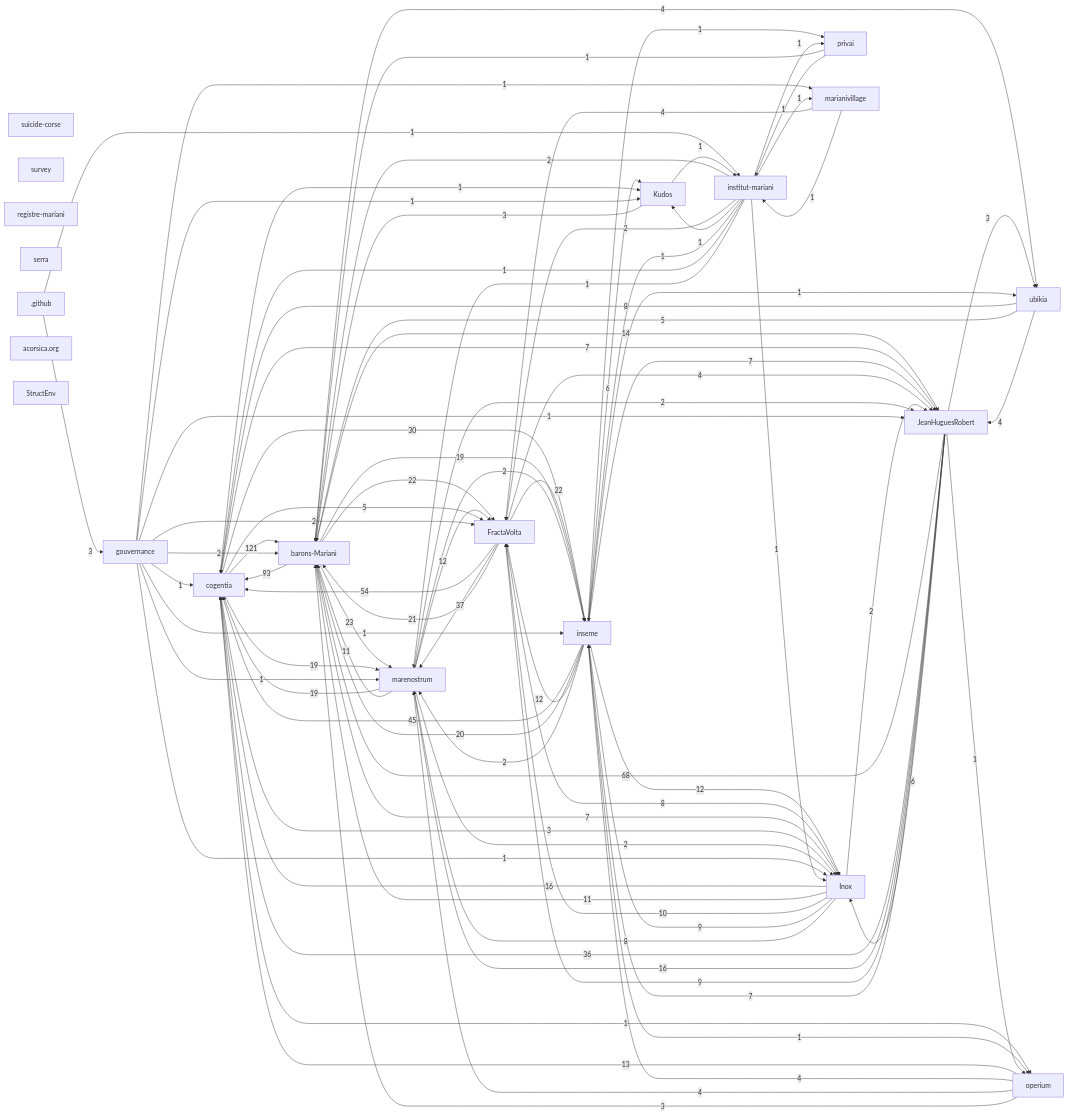
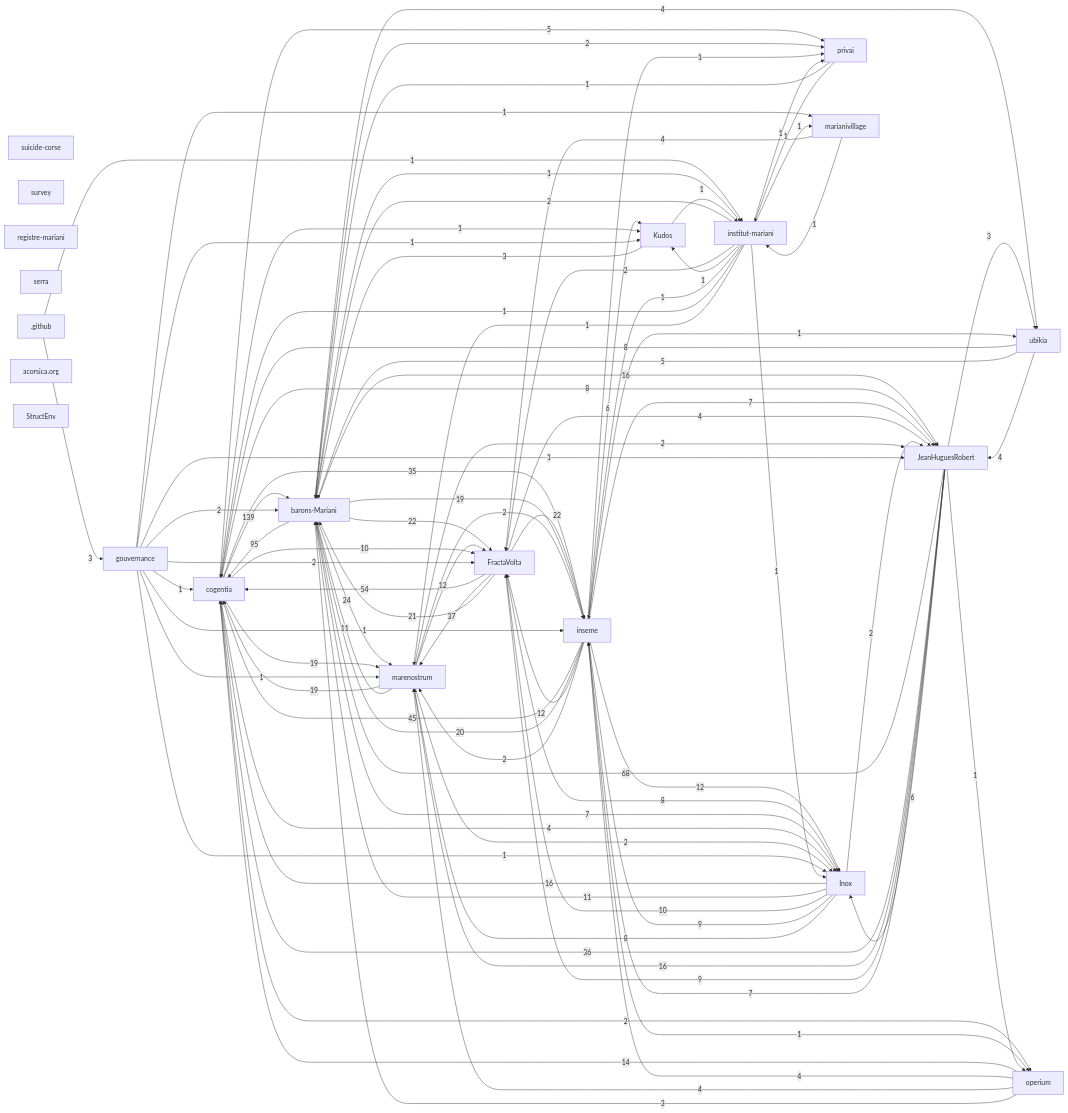
The first of 2 diagrams in research/corpus-status.md (JeanHuguesRobert/FractaVolta), drawn with Mermaid before and after one commit. The commit also changed other lines of this file and 1 other file, not shown here.

Commit message:
Refresh corpus navigation projection

```diff
--- a/research/corpus-status.md
+++ b/research/corpus-status.md
@@ -77,15 +77,15 @@
   r_github[".github"]
   r_acorsica_org["acorsica.org"]
   r_structenv["StructEnv"]
-  r_cogentia -->|121| r_barons_mariani
-  r_barons_mariani -->|93| r_cogentia
+  r_cogentia -->|139| r_barons_mariani
+  r_barons_mariani -->|95| r_cogentia
   r_jeanhuguesrobert -->|68| r_barons_mariani
   r_fractavolta -->|54| r_cogentia
   r_inseme -->|45| r_cogentia
   r_fractavolta -->|37| r_marenostrum
   r_jeanhuguesrobert -->|36| r_cogentia
-  r_cogentia -->|30| r_inseme
-  r_barons_mariani -->|23| r_marenostrum
+  r_cogentia -->|35| r_inseme
+  r_barons_mariani -->|24| r_marenostrum
   r_barons_mariani -->|22| r_fractavolta
   r_fractavolta -->|22| r_inseme
   r_fractavolta -->|21| r_barons_mariani
@@ -93,40 +93,43 @@
   r_barons_mariani -->|19| r_inseme
   r_cogentia -->|19| r_marenostrum
   r_marenostrum -->|19| r_cogentia
+  r_barons_mariani -->|16| r_jeanhuguesrobert
   r_inox -->|16| r_cogentia
   r_jeanhuguesrobert -->|16| r_marenostrum
-  r_barons_mariani -->|14| r_jeanhuguesrobert
-  r_operium -->|13| r_cogentia
+  r_operium -->|14| r_cogentia
   r_inseme -->|12| r_fractavolta
   r_inseme -->|12| r_inox
   r_marenostrum -->|12| r_fractavolta
   r_inox -->|11| r_barons_mariani
   r_marenostrum -->|11| r_barons_mariani
+  r_cogentia -->|10| r_fractavolta
   r_inox -->|10| r_fractavolta
   r_inox -->|9| r_inseme
   r_jeanhuguesrobert -->|9| r_fractavolta
+  r_cogentia -->|8| r_jeanhuguesrobert
   r_fractavolta -->|8| r_inox
   r_inox -->|8| r_marenostrum
   r_ubikia -->|8| r_cogentia
   r_barons_mariani -->|7| r_inox
-  r_cogentia -->|7| r_jeanhuguesrobert
   r_inseme -->|7| r_jeanhuguesrobert
   r_jeanhuguesrobert -->|7| r_inseme
   r_inseme -->|6| r_kudos
   r_jeanhuguesrobert -->|6| r_inox
-  r_cogentia -->|5| r_fractavolta
+  r_cogentia -->|5| r_privai
   r_ubikia -->|5| r_barons_mariani
   r_barons_mariani -->|4| r_ubikia
+  r_cogentia -->|4| r_inox
   r_fractavolta -->|4| r_jeanhuguesrobert
   r_marianivillage -->|4| r_fractavolta
   r_operium -->|4| r_inseme
   r_operium -->|4| r_marenostrum
   r_ubikia -->|4| r_jeanhuguesrobert
   r_github -->|3| r_gouvernance
-  r_cogentia -->|3| r_inox
   r_jeanhuguesrobert -->|3| r_ubikia
   r_kudos -->|3| r_barons_mariani
   r_operium -->|3| r_barons_mariani
+  r_barons_mariani -->|2| r_privai
+  r_cogentia -->|2| r_operium
   r_gouvernance -->|2| r_barons_mariani
   r_gouvernance -->|2| r_fractavolta
   r_inox -->|2| r_jeanhuguesrobert
@@ -137,7 +140,7 @@
   r_marenostrum -->|2| r_inseme
   r_marenostrum -->|2| r_inox
   r_github -->|1| r_institut_mariani
-  r_cogentia -->|1| r_operium
+  r_barons_mariani -->|1| r_institut_mariani
   r_cogentia -->|1| r_kudos
   r_gouvernance -->|1| r_jeanhuguesrobert
   r_gouvernance -->|1| r_cogentia
```
